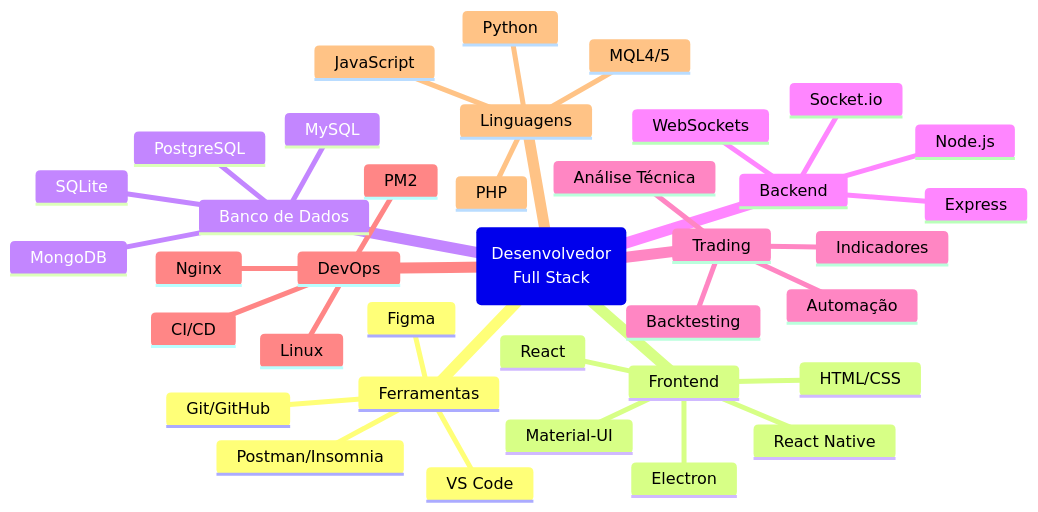
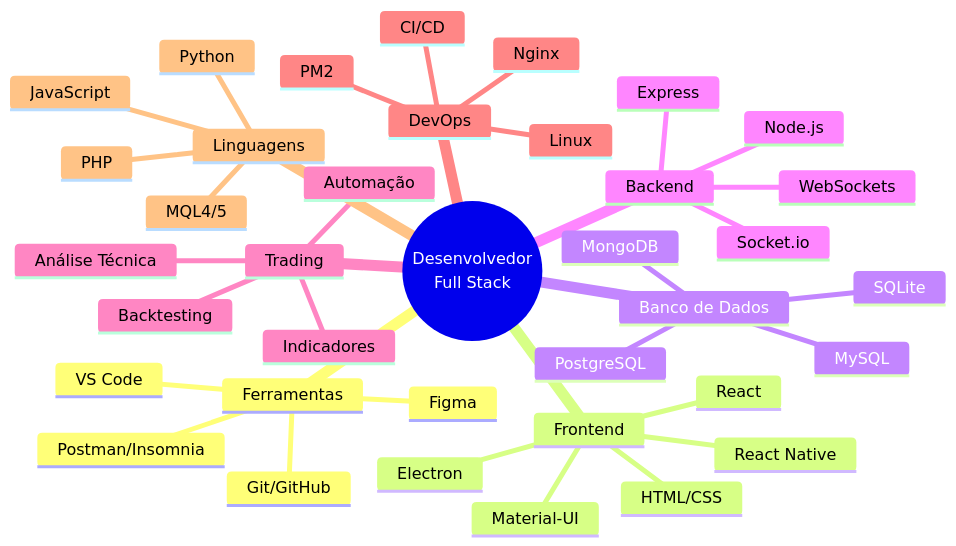
Before and after one commit to AlesonPungirum/AlesonPungirum: the first of 4 diagrams in README.md, drawn with Mermaid.

````diff
--- a/README.md
+++ b/README.md
@@ -38,40 +38,40 @@
 ```mermaid
 mindmap
-  root(Desenvolvedor<br>Full Stack)
+  root((Desenvolvedor<br>Full Stack))
     Ferramentas
       Git/GitHub
       VS Code
       Postman/Insomnia
       Figma
     Frontend
       React
       HTML/CSS
       Material-UI
       React Native
       Electron
     Banco de Dados
       MongoDB
       MySQL
       PostgreSQL
       SQLite
     Backend
       Node.js
       Socket.io
       Express
       WebSockets
     Trading
       Automação
       Análise Técnica
       Indicadores
       Backtesting
     DevOps
       PM2
       Linux
       Nginx
       CI/CD
     Linguagens
       MQL4/5
       JavaScript
       Python
       PHP
 ```
````
